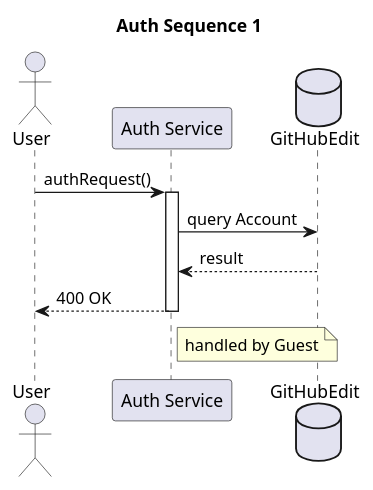
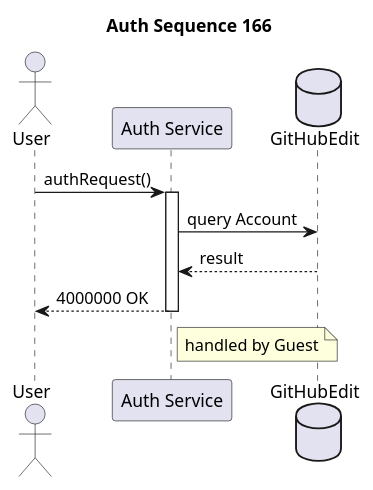
The diagram in 001_sequence_auth.md (TTihomir/PlantUML-diagrams), drawn with PlantUML before and after one commit.

Commit message:
Update title and response code in auth sequence diagram

````diff
--- a/001_sequence_auth.md
+++ b/001_sequence_auth.md
@@ -3,15 +3,15 @@
 ```plantuml
 @startuml
-title Auth Sequence 1
+title Auth Sequence 166
 actor User as A
 participant "Auth Service" as S
 database "GitHubEdit" as DB
 A -> S : authRequest()
 activate S
 S -> DB : query Account
 DB --> S : result
-S --> A : 400 OK
+S --> A : 4000000 OK
 deactivate S
 note right of S : handled by Guest
 @enduml
 ```
````
